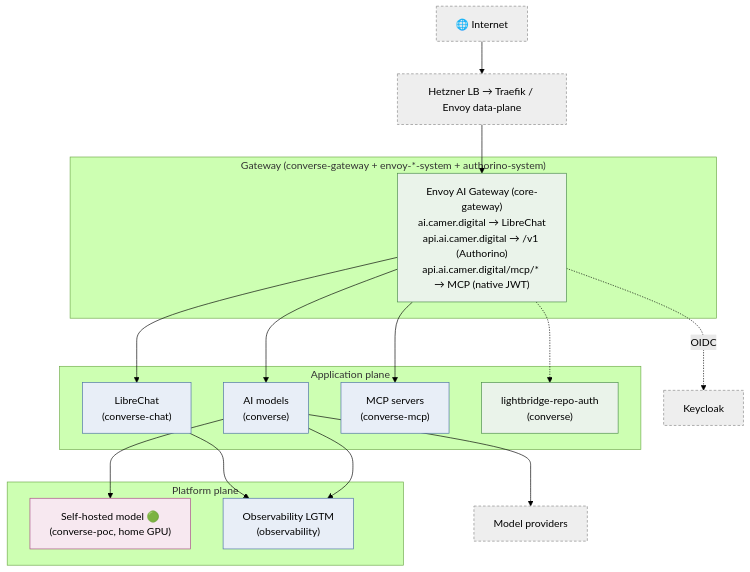
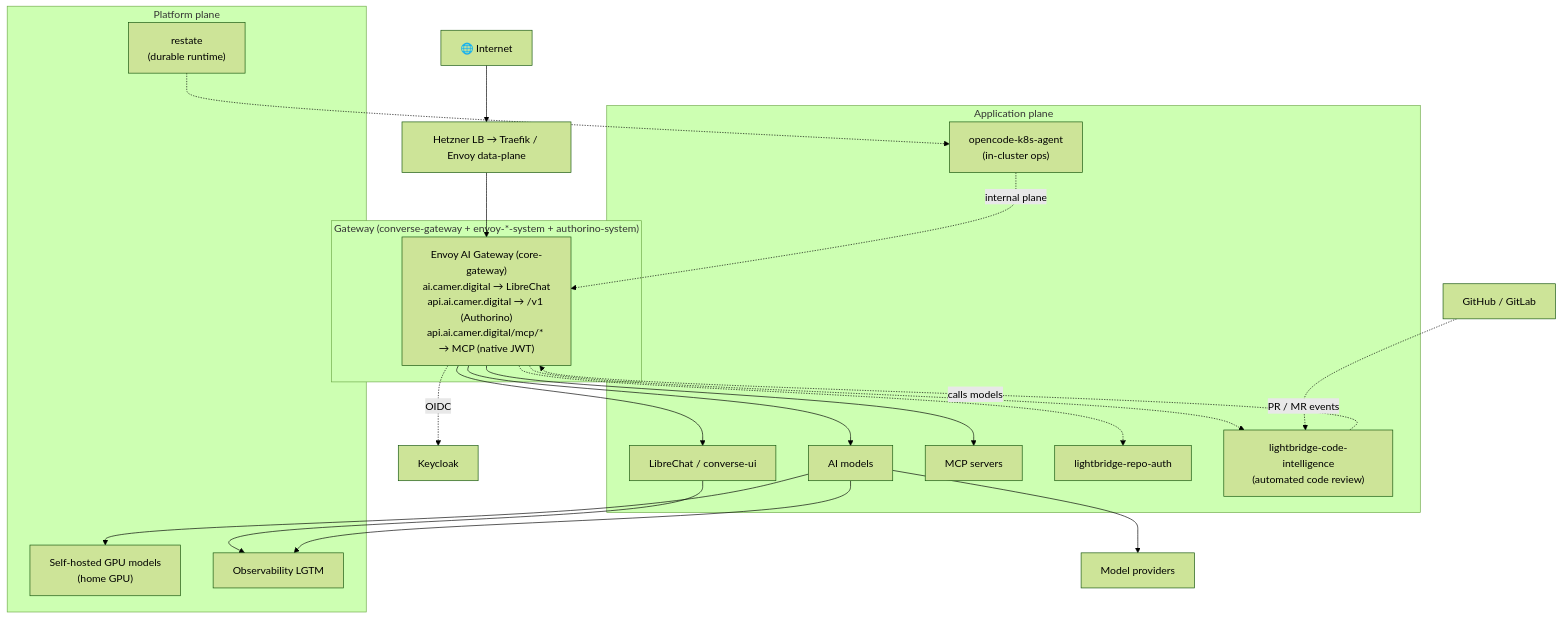
Before and after one commit to ADORSYS-GIS/ai-helm: the second of 7 diagrams in docs/architecture.md, drawn with Mermaid (forest theme). The commit also changed other lines of this file and 13 other files, not shown here.

First line of the commit message:
docs(architecture): uncolor all mermaid; refresh CD/components; add diagrams

````diff
--- a/docs/architecture.md
+++ b/docs/architecture.md
@@ -39,37 +41,41 @@
 ```mermaid
 flowchart TB
-    NET["🌐 Internet"]:::ext
-    LB["Hetzner LB → Traefik / Envoy data-plane"]:::ext
+    NET["🌐 Internet"]
+    LB["Hetzner LB → Traefik / Envoy data-plane"]
 
     subgraph gw["Gateway (converse-gateway + envoy-*-system + authorino-system)"]
-        CG["Envoy AI Gateway (core-gateway)<br/>ai.camer.digital → LibreChat<br/>api.ai.camer.digital → /v1 (Authorino)<br/>api.ai.camer.digital/mcp/* → MCP (native JWT)"]:::own
+        CG["Envoy AI Gateway (core-gateway)<br/>ai.camer.digital → LibreChat<br/>api.ai.camer.digital → /v1 (Authorino)<br/>api.ai.camer.digital/mcp/* → MCP (native JWT)"]
     end
 
     subgraph app["Application plane"]
-        LC["LibreChat<br/>(converse-chat)"]:::ctrl
-        MODELS["AI models<br/>(converse)"]:::ctrl
-        MCP["MCP servers<br/>(converse-mcp)"]:::ctrl
-        REPO["lightbridge-repo-auth<br/>(converse)"]:::own
+        LC["LibreChat / converse-ui"]
+        MODELS["AI models"]
+        MCP["MCP servers"]
+        REPO["lightbridge-repo-auth"]
+        LCI["lightbridge-code-intelligence<br/>(automated code review)"]
+        AGENT["opencode-k8s-agent<br/>(in-cluster ops)"]
     end
 
     subgraph infra["Platform plane"]
-        GPU["Self-hosted model 🟢<br/>(converse-poc, home GPU)"]:::gpu
-        OBS["Observability LGTM<br/>(observability)"]:::ctrl
+        GPU["Self-hosted GPU models<br/>(home GPU)"]
+        OBS["Observability LGTM"]
+        RST["restate<br/>(durable runtime)"]
     end
 
-    KC["Keycloak"]:::ext
-    PROV["Model providers"]:::ext
+    KC["Keycloak"]
+    PROV["Model providers"]
+    GIT["GitHub / GitLab"]
 
     NET --> LB --> CG
     CG --> LC & MODELS & MCP
-    CG -.-> REPO
+    CG -.-> REPO & LCI
+    AGENT -.internal plane.-> CG
+    LCI -.calls models.-> CG
+    GIT -.PR / MR events.-> LCI
     MODELS --> PROV & GPU
     CG -.OIDC.-> KC
     LC --> OBS
     MODELS --> OBS
+    RST -.-> AGENT
 
-    classDef own fill:#eaf3ea,stroke:#4a8a4a;
-    classDef ctrl fill:#e8eef7,stroke:#4a6fa5;
-    classDef ext fill:#eee,stroke:#888,stroke-dasharray:4 3;
-    classDef gpu fill:#f7e8f0,stroke:#a54a81;
 ```
````
